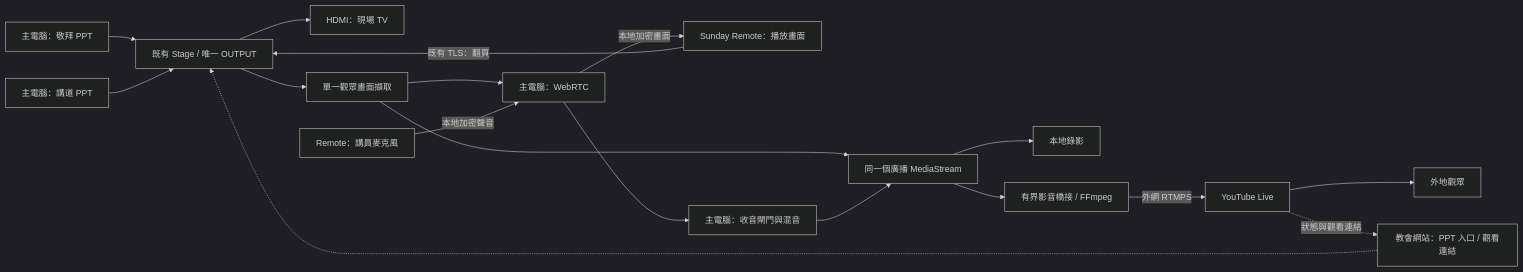
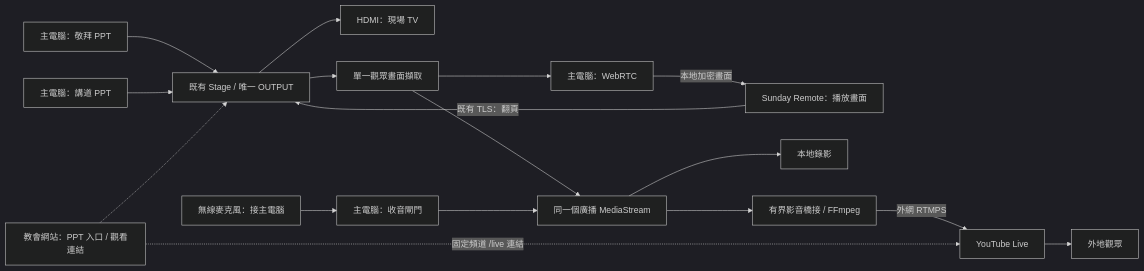
One commit to junyang168/smart-answer changed the diagram in docs/sunday-presenter-phase2-design.md. Above: the diagram before and after it, drawn with Mermaid (dark theme). The commit also changed other lines of this file and 2 other files, not shown here.

Commit message:
docs(presenter): simplify Phase 2 to fixed stream key and host wireless mic

````diff
--- a/docs/sunday-presenter-phase2-design.md
+++ b/docs/sunday-presenter-phase2-design.md
@@ -40,20 +43,19 @@
 ```mermaid
 flowchart LR
     D1["主電腦：敬拜 PPT"] --> ST["既有 Stage / 唯一 OUTPUT"]
     D2["主電腦：講道 PPT"] --> ST
     ST --> TV["HDMI：現場 TV"]
     ST --> CAP["單一觀眾畫面擷取"]
     CAP --> PEER["主電腦：WebRTC"]
     PEER -->|"本地加密畫面"| RV["Sunday Remote：播放畫面"]
-    MIC["Remote：講員麥克風"] -->|"本地加密聲音"| PEER
     RV -->|"既有 TLS：翻頁"| ST
-    PEER --> MIX["主電腦：收音閘門與混音"]
+    MIC["無線麥克風：接主電腦"] --> GATE["主電腦：收音閘門"]
     CAP --> MASTER["同一個廣播 MediaStream"]
-    MIX --> MASTER
+    GATE --> MASTER
     MASTER --> REC["本地錄影"]
     MASTER --> BR["有界影音橋接 / FFmpeg"]
     BR -->|"外網 RTMPS"| YT["YouTube Live"]
     YT --> VIEW["外地觀眾"]
     META["教會網站：PPT 入口 / 觀看連結"] -.-> ST
-    YT -.->|"狀態與觀看連結"| META
+    META -.->|"固定頻道 /live 連結"| YT
 ```
````
